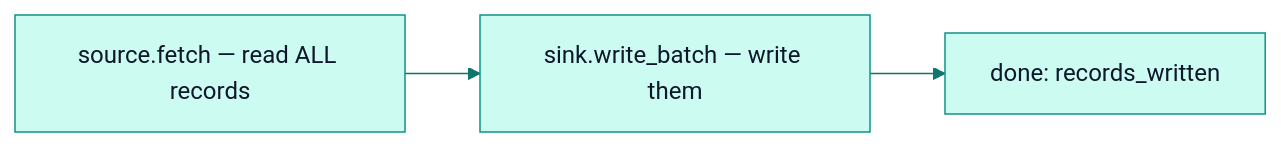
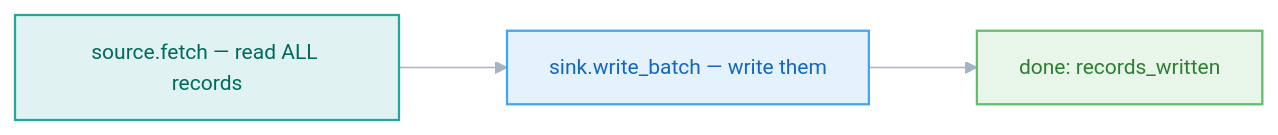
Before and after one commit to PawanSikawat/faucet-stream: the second of 5 diagrams in docs/architecture/learn.md, drawn with Mermaid. The commit also changed other lines of this file and 28 other files, not shown here.

First line of the commit message:
docs: upgrade Mermaid diagrams to V2 role-coded style

````diff
--- a/docs/architecture/learn.md
+++ b/docs/architecture/learn.md
@@ -102,5 +108,11 @@
 ```mermaid
-%%{init: {'theme':'base','themeVariables':{'primaryColor':'#ccfbf1','primaryTextColor':'#0f172a','primaryBorderColor':'#0d9488','lineColor':'#0f766e','secondaryColor':'#e0f2fe','tertiaryColor':'#f0fdfa','fontFamily':'-apple-system,BlinkMacSystemFont,Segoe UI,sans-serif'}}}%%
+%%{init: {'theme':'base','flowchart':{'curve':'basis','nodeSpacing':50,'rankSpacing':72,'padding':14},'themeVariables':{'fontFamily':'-apple-system,BlinkMacSystemFont,Segoe UI,sans-serif','fontSize':'14px','lineColor':'#a5b4c4','clusterBkg':'#f8fafc','clusterBorder':'#e2e8f0'}}}%%
 flowchart LR
     A["source.fetch — read ALL records"] --> B["sink.write_batch — write them"] --> C["done: records_written"]
+    classDef src fill:#e0f2f1,stroke:#26a69a,stroke-width:1.5px,color:#00695c
+    classDef good fill:#e8f5e9,stroke:#66bb6a,stroke-width:1.5px,color:#2e7d32
+    classDef sink fill:#e3f2fd,stroke:#42a5f5,stroke-width:1.5px,color:#1565c0
+    class A src
+    class C good
+    class B sink
 ```
````
